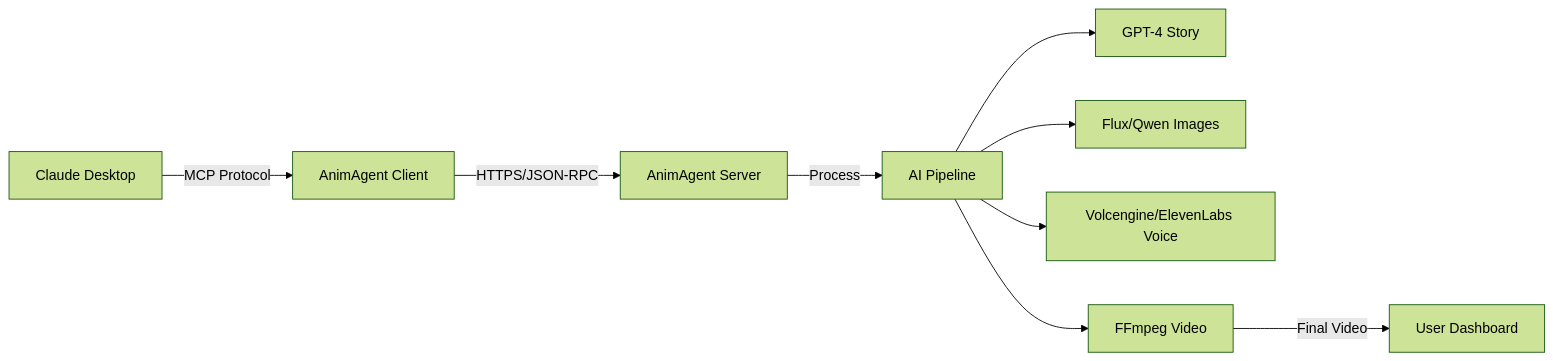
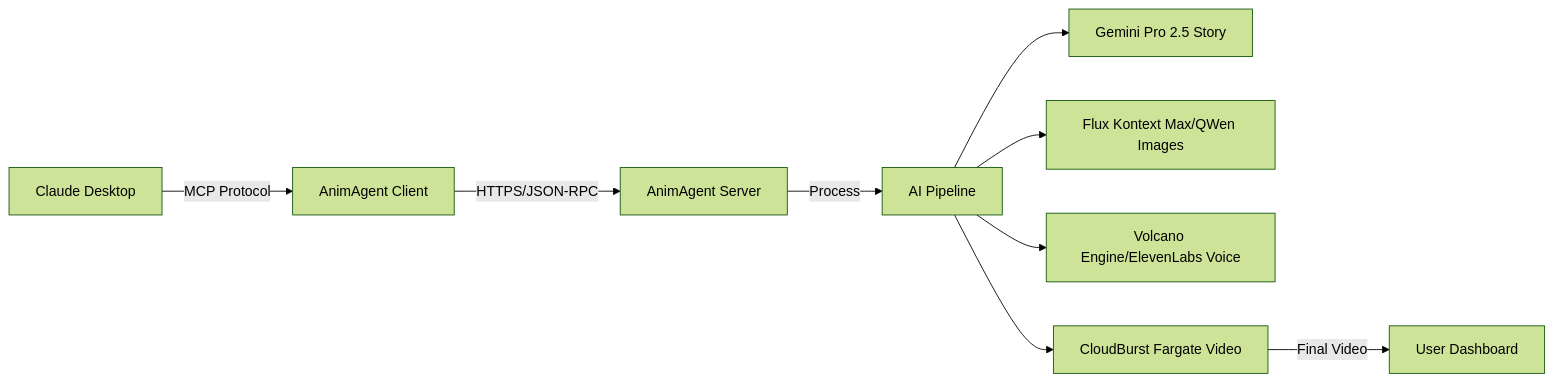
One commit to preangelleo/animagent-mcp-client changed the diagram in README.md. Above: the diagram before and after it, drawn with Mermaid (forest theme). The commit also changed other lines of this file and 1 other file, not shown here.

````diff
--- a/README.md
+++ b/README.md
@@ -255,11 +264,11 @@
 ```mermaid
 graph LR
     A[Claude Desktop] -->|MCP Protocol| B[AnimAgent Client]
     B -->|HTTPS/JSON-RPC| C[AnimAgent Server]
     C -->|Process| D[AI Pipeline]
-    D --> E[GPT-4 Story]
-    D --> F[Flux/Qwen Images]
-    D --> G[Volcengine/ElevenLabs Voice]
-    D --> H[FFmpeg Video]
+    D --> E[Gemini Pro 2.5 Story]
+    D --> F[Flux Kontext Max/QWen Images]
+    D --> G[Volcano Engine/ElevenLabs Voice]
+    D --> H[CloudBurst Fargate Video]
     H -->|Final Video| I[User Dashboard]
 ```
````
